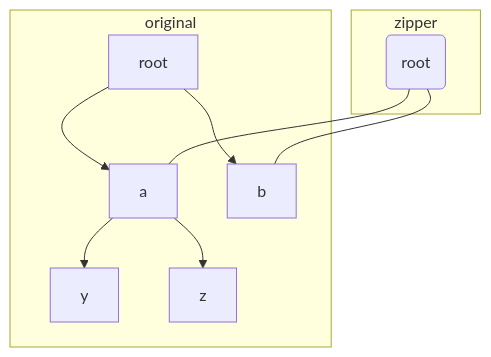
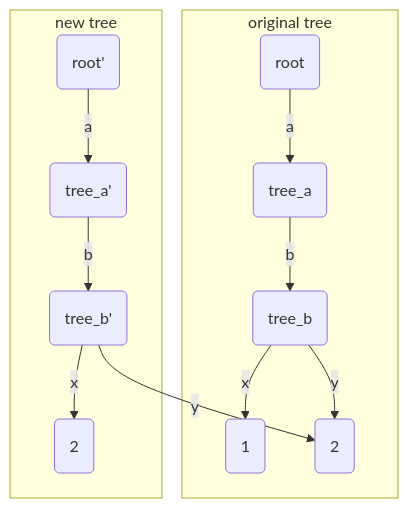
Before and after one commit to jzhonx/jzhonx.github.io: the first of 6 diagrams in _posts/2026-03-17-zippers.markdown, drawn with Mermaid. The commit also changed other lines of this file, not shown here.

````diff
--- a/_posts/2026-03-17-zippers.markdown
+++ b/_posts/2026-03-17-zippers.markdown
@@ -132,16 +111,16 @@
 ```mermaid
 flowchart TD
-
-subgraph original
-	root --> a
-	root --> b
-	a --> y
-	a --> z
-end
-
-subgraph zipper
-	top("root") --- a
-	top --- b
+	subgraph original tree
+    root1("root") -->|a| a
+    a("tree_a") -->|b| b
+    b("tree_b") -->|x| x("1")
+    b -->|y| y("2")
+	end
 	
-end
+	subgraph new tree
+		root2("root'") -->|a| a2
+		a2("tree_a'") -->|b| b2
+    b2("tree_b'") -->|x| x2("2")
+    b2 -->|y| y
+	end
 ```
````
